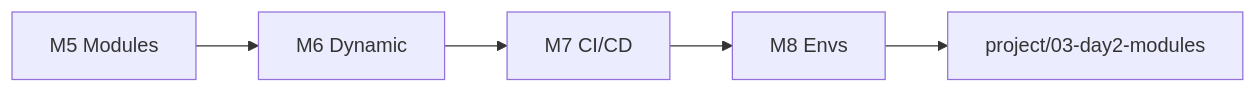
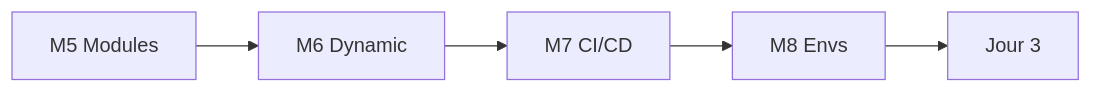
The diagram in courses/day-02/README.md (msellamiTN/Snowflake-terraform), drawn with Mermaid before and after one commit. The commit also changed other lines of this file and 64 other files, not shown here.

````diff
--- a/courses/day-02/README.md
+++ b/courses/day-02/README.md
@@ -5,7 +9,7 @@
 ```mermaid
 flowchart LR
     M5[M5 Modules] --> M6[M6 Dynamic]
     M6 --> M7[M7 CI/CD]
     M7 --> M8[M8 Envs]
-    M8 --> P[project/03-day2-modules]
+    M8 --> J3[Jour 3]
 ```
````
